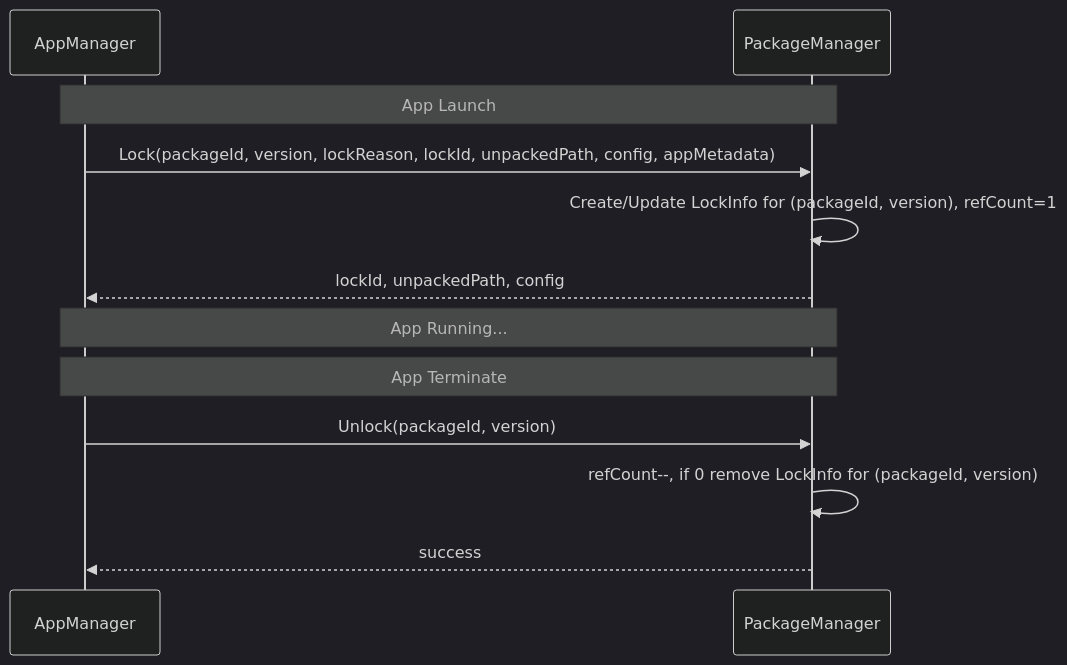
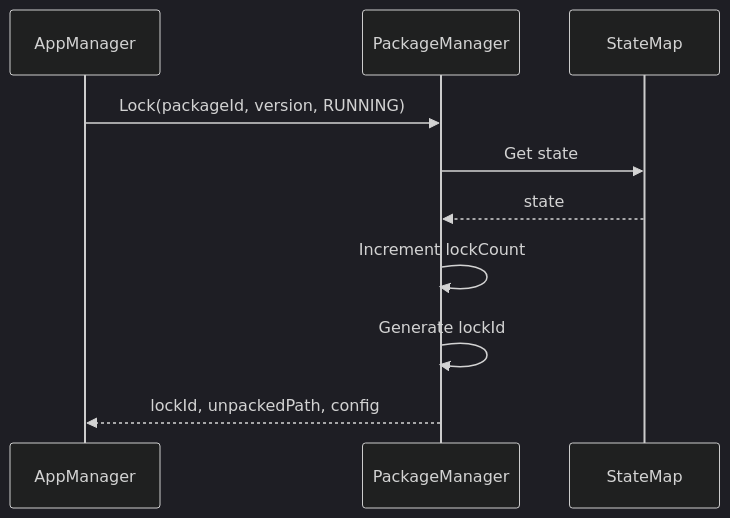
One commit to rdkcentral/entservices-appmanagers changed the fifth of 8 diagrams in PackageManager/PackageManager.md. Above: the diagram before and after it, drawn with Mermaid (dark theme). The commit also changed other lines of this file and 19 other files, not shown here.

````diff
--- a/PackageManager/PackageManager.md
+++ b/PackageManager/PackageManager.md
@@ -201,17 +384,13 @@
 ```mermaid
 sequenceDiagram
-    participant AppMgr as AppManager
-    participant PkgMgr as PackageManager
+    participant AM as AppManager
+    participant PKG as PackageManager
+    participant State as StateMap
 
-    Note over AppMgr,PkgMgr: App Launch
-    AppMgr->>PkgMgr: Lock(packageId, version, lockReason, lockId, unpackedPath, config, appMetadata)
-    PkgMgr->>PkgMgr: Create/Update LockInfo for (packageId, version), refCount=1
-    PkgMgr-->>AppMgr: lockId, unpackedPath, config
-
-    Note over AppMgr,PkgMgr: App Running...
-
-    Note over AppMgr,PkgMgr: App Terminate
-    AppMgr->>PkgMgr: Unlock(packageId, version)
-    PkgMgr->>PkgMgr: refCount--, if 0 remove LockInfo for (packageId, version)
-    PkgMgr-->>AppMgr: success
+    AM->>PKG: Lock(packageId, version, RUNNING)
+    PKG->>State: Get state
+    State-->>PKG: state
+    PKG->>PKG: Increment lockCount
+    PKG->>PKG: Generate lockId
+    PKG-->>AM: lockId, unpackedPath, config
 ```
````
